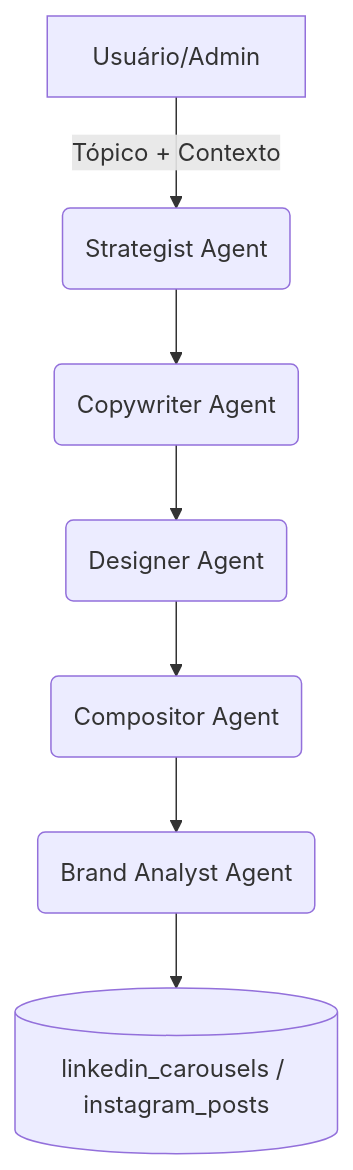
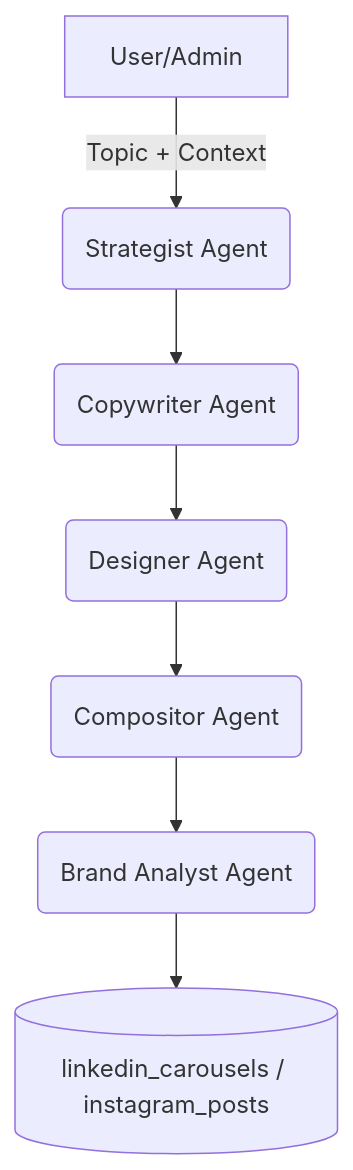
Before and after one commit to RafaellsAlmeida/lifetrek: the diagram in docs/content-engine-guide.md, drawn with Mermaid. The commit also changed other lines of this file and 51 other files, not shown here.

````diff
--- a/docs/content-engine-guide.md
+++ b/docs/content-engine-guide.md
@@ -9,9 +9,9 @@
 ```mermaid
 graph TD
-    A[Usuário/Admin] -->|Tópico + Contexto| B(Strategist Agent)
+    A[User/Admin] -->|Topic + Context| B(Strategist Agent)
     B --> C(Copywriter Agent)
     C --> D(Designer Agent)
     D --> E(Compositor Agent)
     E --> F(Brand Analyst Agent)
     F --> G[(linkedin_carousels / instagram_posts)]
 ```
````
